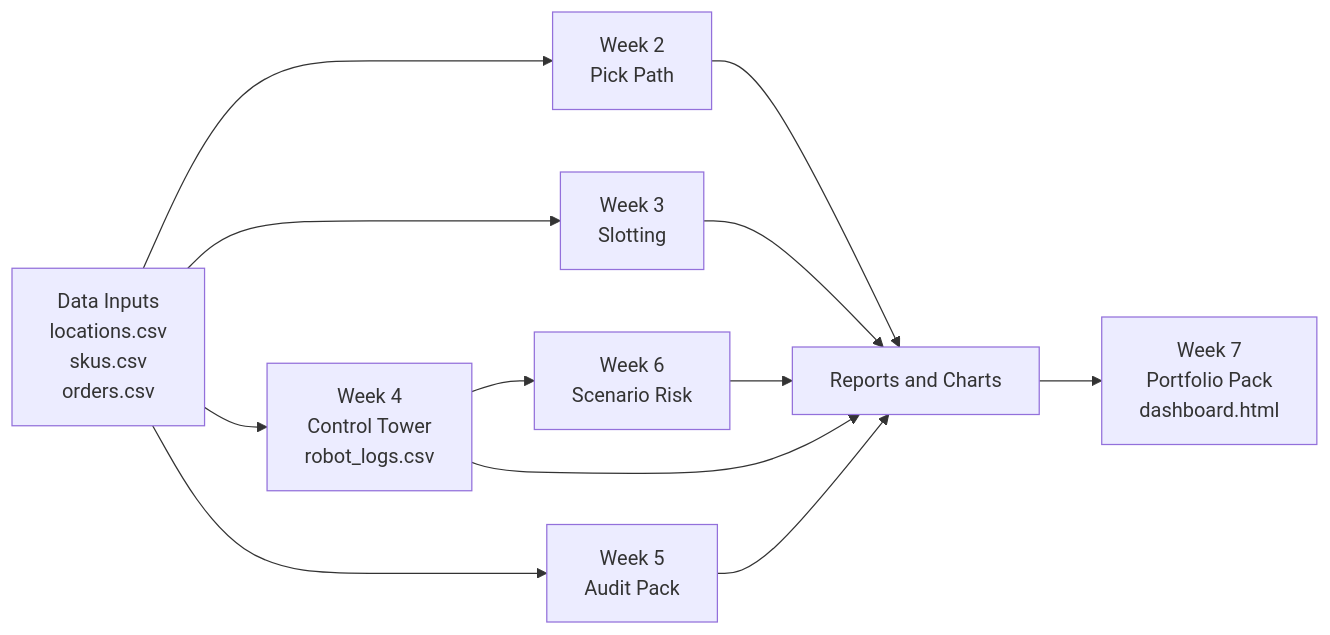
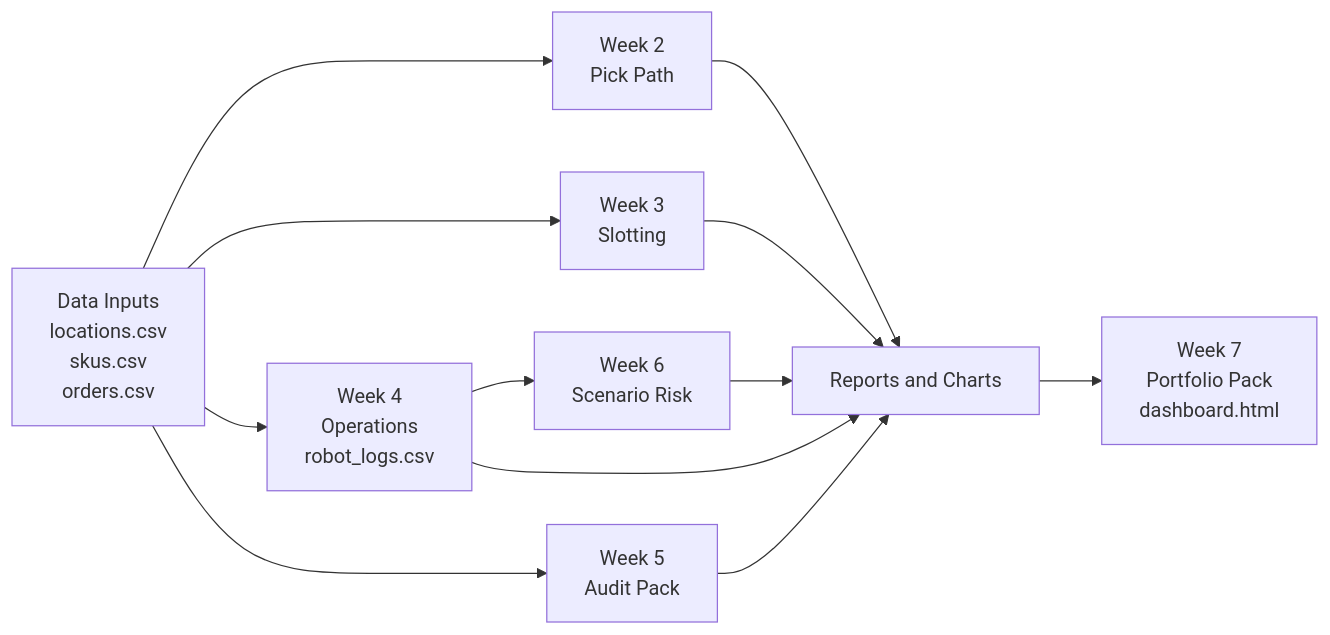
The diagram in docs/architecture.md (Kojixus/warehouse-robotics), drawn with Mermaid before and after one commit. The commit also changed other lines of this file, not shown here.

````diff
--- a/docs/architecture.md
+++ b/docs/architecture.md
@@ -3,14 +3,14 @@
 ```mermaid
 flowchart LR
   A[Data Inputs<br/>locations.csv<br/>skus.csv<br/>orders.csv] --> B[Week 2<br/>Pick Path]
   A --> C[Week 3<br/>Slotting]
-  A --> D[Week 4<br/>Control Tower<br/>robot_logs.csv]
+  A --> D[Week 4<br/>Operations<br/>robot_logs.csv]
   A --> E[Week 5<br/>Audit Pack]
   D --> F[Week 6<br/>Scenario Risk]
   B --> G[Reports and Charts]
   C --> G
   D --> G
   E --> G
   F --> G
   G --> H[Week 7<br/>Portfolio Pack<br/>dashboard.html]
 ```
````
